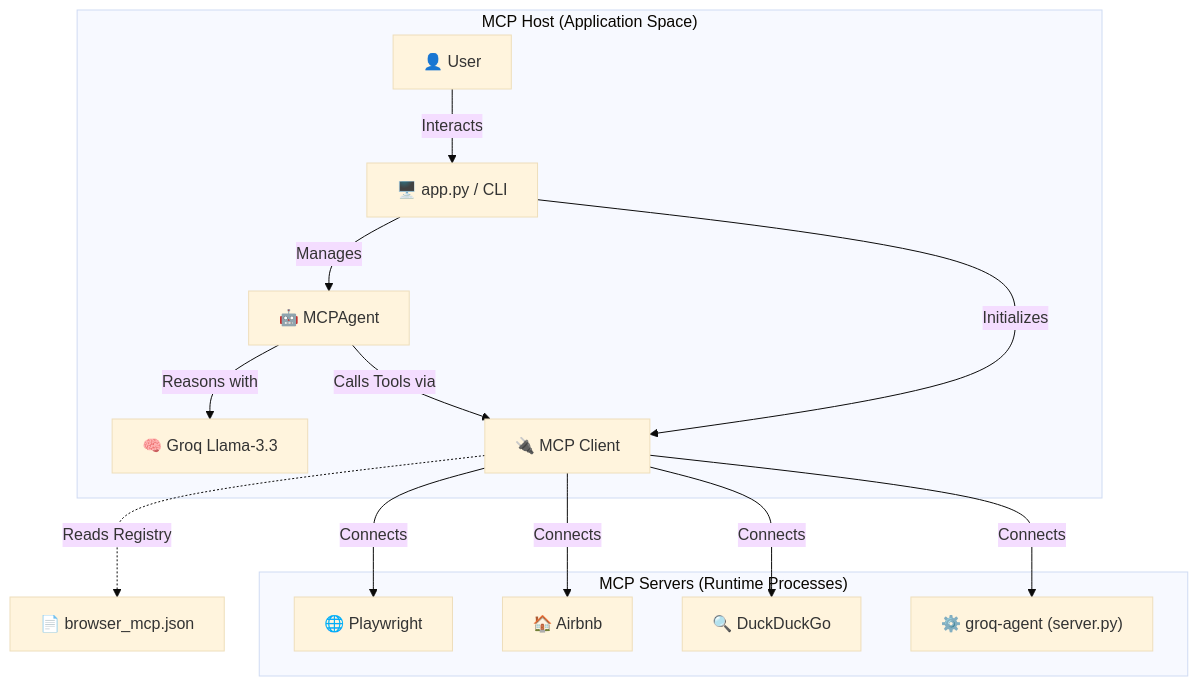
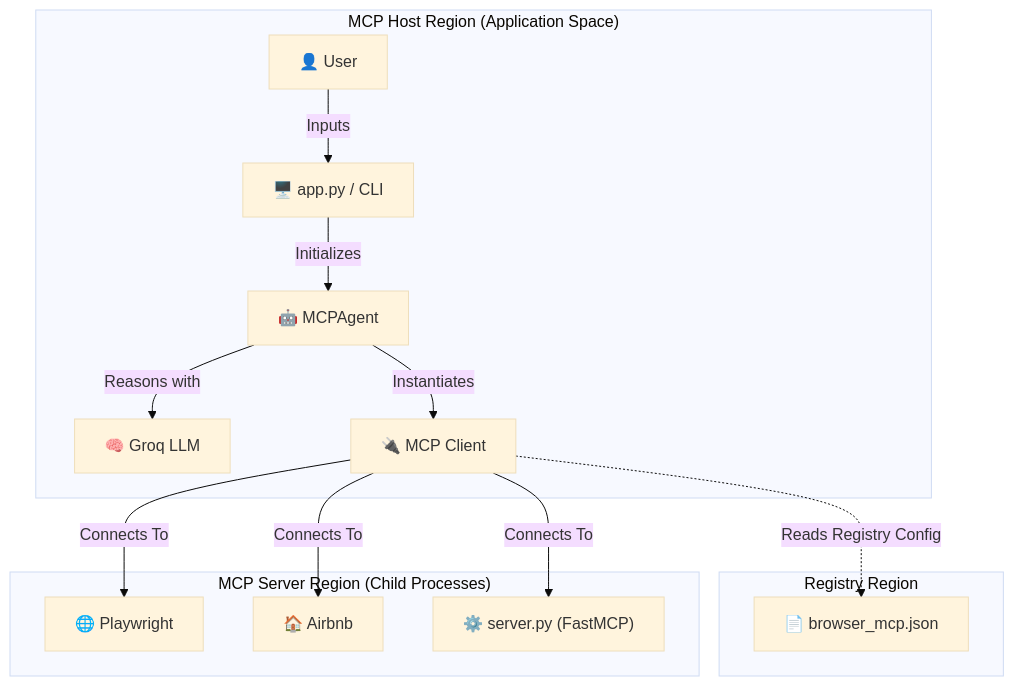
The first of 2 diagrams in README.md (DarshanHegdeP/MCP), drawn with Mermaid (base theme) before and after one commit. The commit also changed other lines of this file, not shown here.

````diff
--- a/README.md
+++ b/README.md
@@ -11,19 +15,19 @@
 ```mermaid
 graph TD
-    subgraph "MCP Host (Application Space)"
-        User["👤 User"] -->|Interacts| App["🖥️ app.py / CLI"]
-        App -->|Manages| Agent["🤖 MCPAgent"]
-        Agent -->|Reasons with| LLM["🧠 Groq Llama-3.3"]
-        App -->|Initializes| Client["🔌 MCP Client"]
-        Agent -->|Calls Tools via| Client
+    subgraph "MCP Host Region (Application Space)"
+        User["👤 User"] -->|Inputs| App["🖥️ app.py / CLI"]
+        App -->|Initializes| Agent["🤖 MCPAgent"]
+        Agent -->|Reasons with| LLM["🧠 Groq LLM"]
+        Agent -->|Instantiates| Client["🔌 MCP Client"]
     end
 
-    Client -.->|Reads Registry| Config["📄 browser_mcp.json"]
+    subgraph "Registry Region"
+        Client -.->|Reads Registry Config| Config["📄 browser_mcp.json"]
+    end
 
-    subgraph "MCP Servers (Runtime Processes)"
-        Client -->|Connects| PW["🌐 Playwright"]
-        Client -->|Connects| AB["🏠 Airbnb"]
-        Client -->|Connects| DDG["🔍 DuckDuckGo"]
-        Client -->|Connects| GA["⚙️ groq-agent (server.py)"]
+    subgraph "MCP Server Region (Child Processes)"
+        Client -->|Connects To| PW["🌐 Playwright"]
+        Client -->|Connects To| AB["🏠 Airbnb"]
+        Client -->|Connects To| GA["⚙️ server.py (FastMCP)"]
     end
 ```
````
